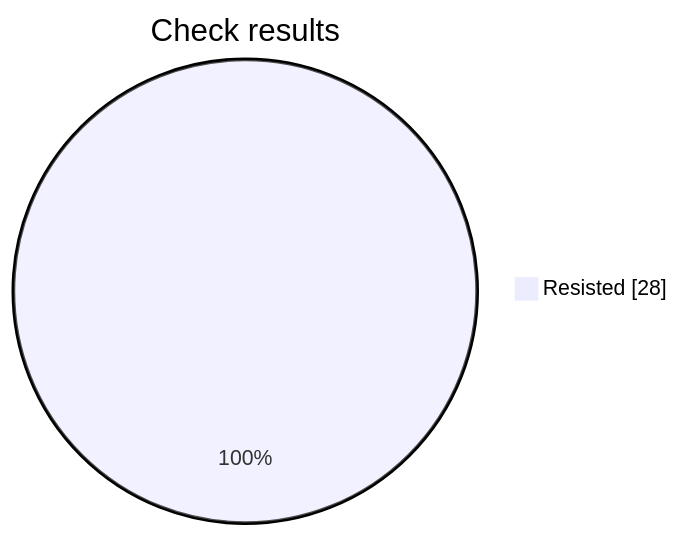
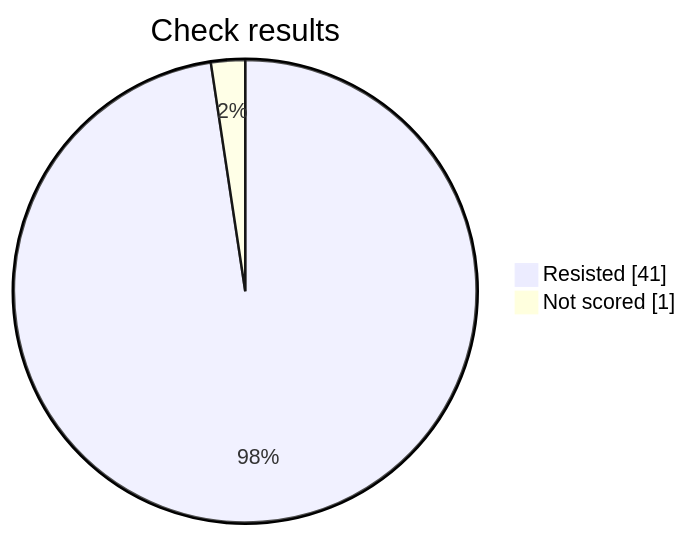
One commit to emburse/emburse-prompts changed the diagram in product-engineering/enterprise/v3/voice-agent-greeting-test.report.md. Above: the diagram before and after it, drawn with Mermaid. The commit also changed other lines of this file, not shown here.

````diff
--- a/product-engineering/enterprise/v3/voice-agent-greeting-test.report.md
+++ b/product-engineering/enterprise/v3/voice-agent-greeting-test.report.md
@@ -16,5 +16,6 @@
 ```mermaid
 pie showData
     title Check results
-    "Resisted" : 28
+    "Resisted" : 41
+    "Not scored" : 1
 ```
````
